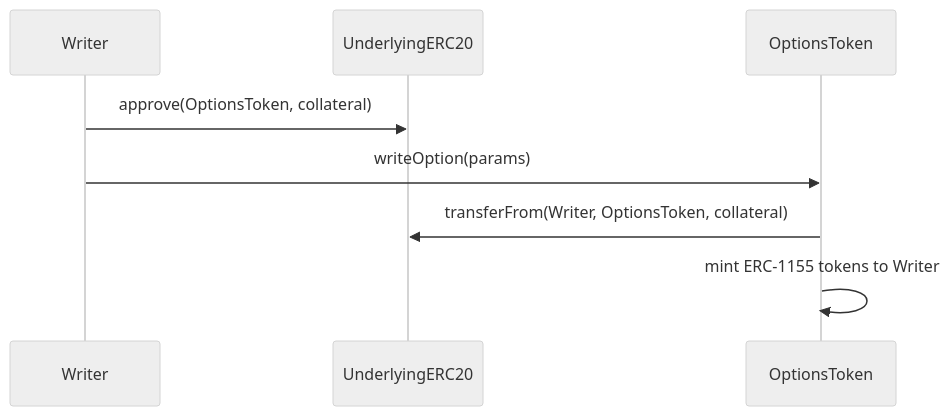
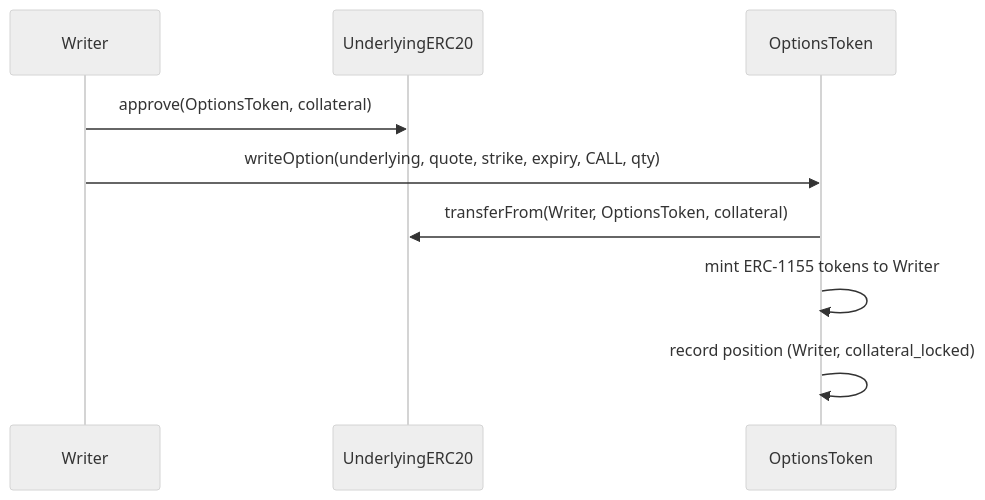
Before and after one commit to 0xgleb/optional: the second of 7 diagrams in SPEC.md, drawn with Mermaid (neutral theme). The commit also changed other lines of this file, not shown here.

````diff
--- a/SPEC.md
+++ b/SPEC.md
@@ -199,11 +199,12 @@
 ```mermaid
 sequenceDiagram
     participant Writer
     participant UnderlyingERC20
     participant OptionsToken
     
     Writer->>UnderlyingERC20: approve(OptionsToken, collateral)
-    Writer->>OptionsToken: writeOption(params)
+    Writer->>OptionsToken: writeOption(underlying, quote, strike, expiry, CALL, qty)
     OptionsToken->>UnderlyingERC20: transferFrom(Writer, OptionsToken, collateral)
     OptionsToken->>OptionsToken: mint ERC-1155 tokens to Writer
+    OptionsToken->>OptionsToken: record position (Writer, collateral_locked)
 ```
````
